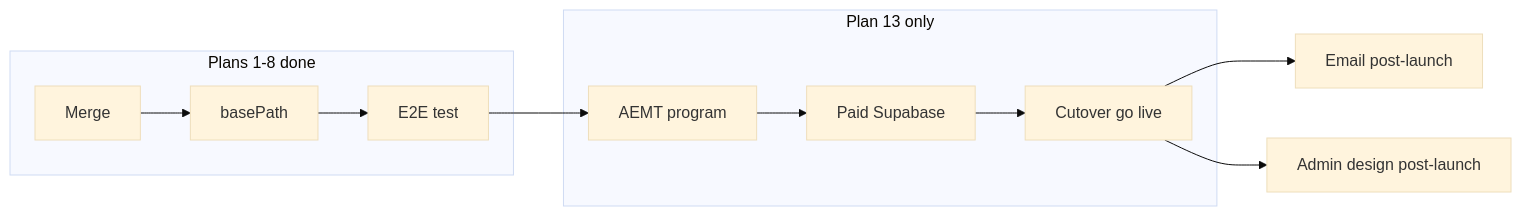
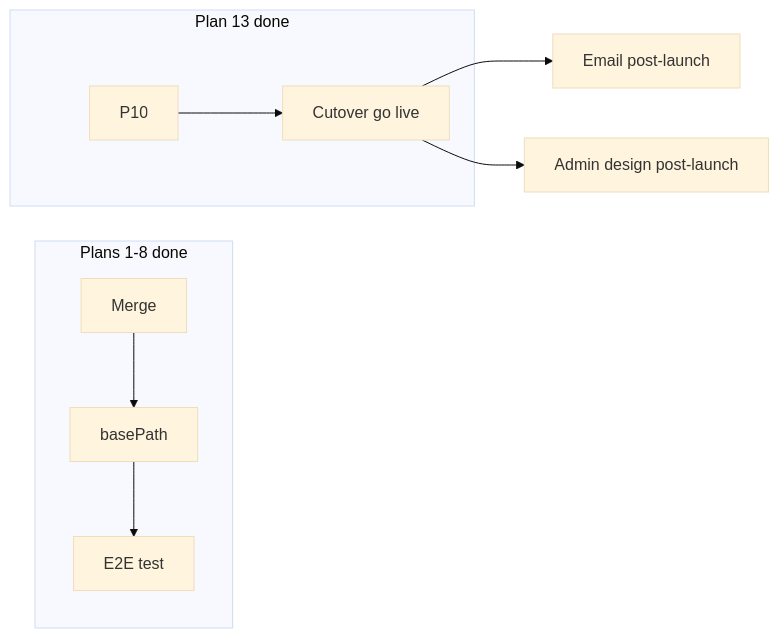
The diagram in docs/migration-plan.md (abenson07/midwestea), drawn with Mermaid (base theme) before and after one commit. The commit also changed other lines of this file and 2 other files, not shown here.

Commit message:
Mark Plan 13 cutover complete in migration docs.

````diff
--- a/docs/migration-plan.md
+++ b/docs/migration-plan.md
@@ -77,14 +77,12 @@
 ```mermaid
 flowchart LR
   subgraph foundation [Plans 1-8 done]
     P1[Merge] --> P2[basePath]
     P2 --> P8[E2E test]
   end
-  subgraph prelaunch [Plan 13 only]
-    P8 --> P9[AEMT program]
-    P9 --> P10[Paid Supabase]
+  subgraph launch [Plan 13 done]
     P10 --> P13[Cutover go live]
   end
   P13 --> P12[Email post-launch]
   P13 --> P11[Admin design post-launch]
 ```
````
